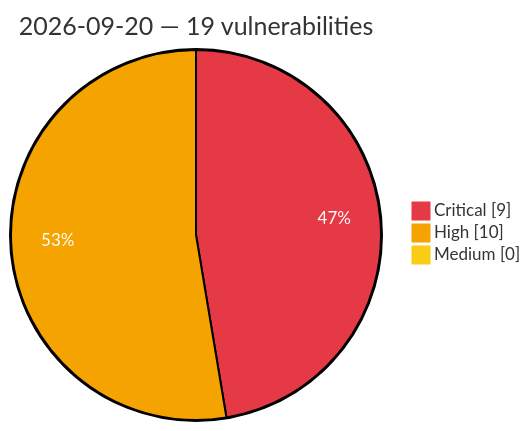
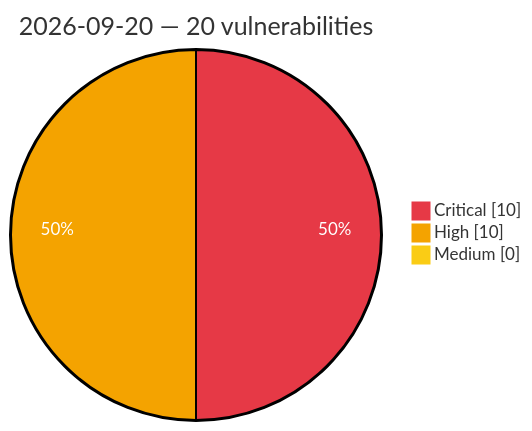
The diagram in vulnerabilities/2026/September/2026-09-20.md (GhostX0X/vuln-tracker), drawn with Mermaid before and after one commit. The commit also changed other lines of this file and 5 other files, not shown here.

````diff
--- a/vulnerabilities/2026/September/2026-09-20.md
+++ b/vulnerabilities/2026/September/2026-09-20.md
@@ -3,8 +3,8 @@
 ```mermaid
 %%{init: {'theme':'base', 'themeVariables': {'pie1':'#e63946', 'pie2':'#f4a300', 'pie3':'#facc15', 'pieOpacity':'1', 'pieOuterStrokeWidth':'2px', 'pieSectionTextColor':'#ffffff'}}}%%
 pie showData
-    title 2026-09-20 — 19 vulnerabilities
-    "Critical" : 9
+    title 2026-09-20 — 20 vulnerabilities
+    "Critical" : 10
     "High" : 10
     "Medium" : 0
 ```
````
